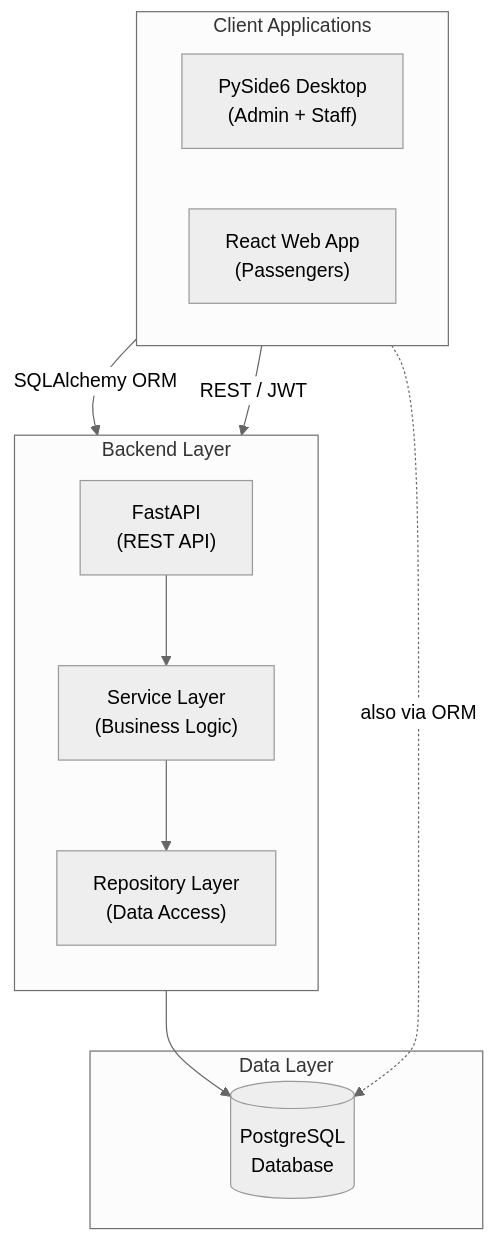
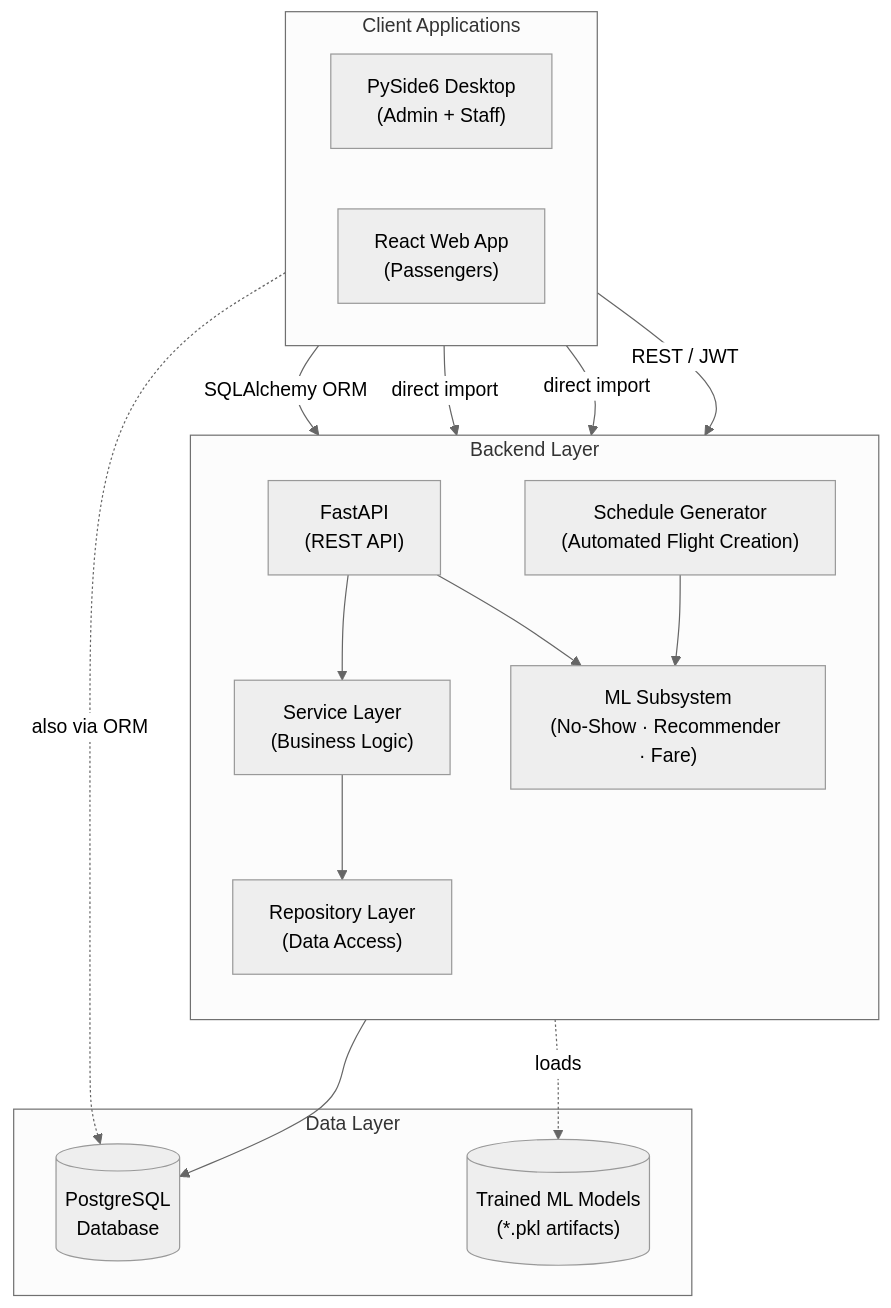
One commit to code-withrafi/airline-management-system changed the diagram in docs/diagrams/1.component-diagram.mmd. Above: the diagram before and after it, drawn with Mermaid (neutral theme). The commit also changed 13 other files, not shown here.

Commit message:
docs: update architecture, setup, and user guides

```diff
--- a/docs/diagrams/1.component-diagram.mmd
+++ b/docs/diagrams/1.component-diagram.mmd
@@ -1,24 +1,32 @@
 flowchart TB
     subgraph Clients["Client Applications"]
         direction LR
         Desktop["PySide6 Desktop<br/>(Admin + Staff)"]
         Web["React Web App<br/>(Passengers)"]
     end
 
     subgraph Backend["Backend Layer"]
         direction TB
         FastAPI["FastAPI<br/>(REST API)"]
         Services["Service Layer<br/>(Business Logic)"]
+        Schedule["Schedule Generator<br/>(Automated Flight Creation)"]
+        ML["ML Subsystem<br/>(No-Show · Recommender · Fare)"]
         Repos["Repository Layer<br/>(Data Access)"]
     end
 
     subgraph Data["Data Layer"]
         PG[("PostgreSQL<br/>Database")]
+        Models[("Trained ML Models<br/>(*.pkl artifacts)")]
     end
 
     Desktop -->|SQLAlchemy ORM| Services
+    Desktop -->|direct import| Schedule
+    Desktop -->|direct import| ML
     Web -->|"REST / JWT"| FastAPI
     FastAPI --> Services
+    FastAPI --> ML
+    Schedule --> ML
     Services --> Repos
     Repos --> PG
+    ML -.->|loads| Models
     Desktop -.->|"also via ORM"| PG
```
